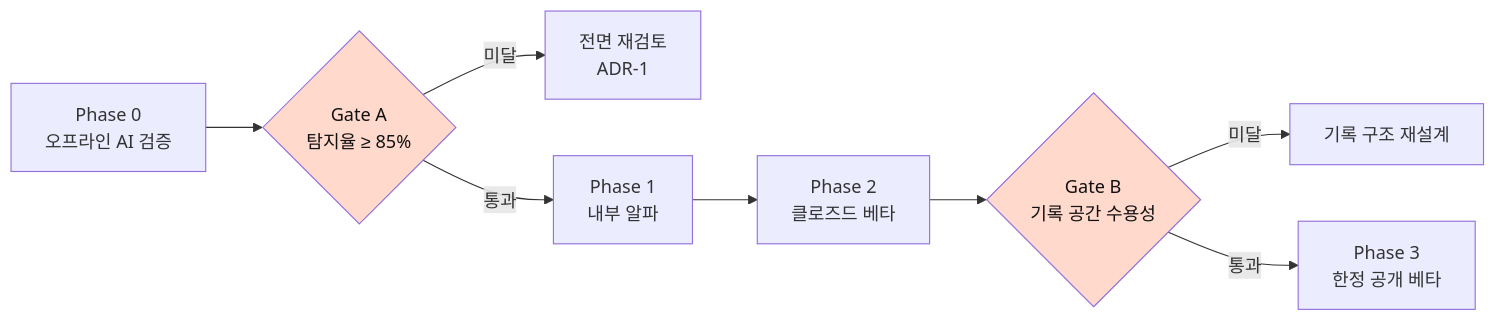
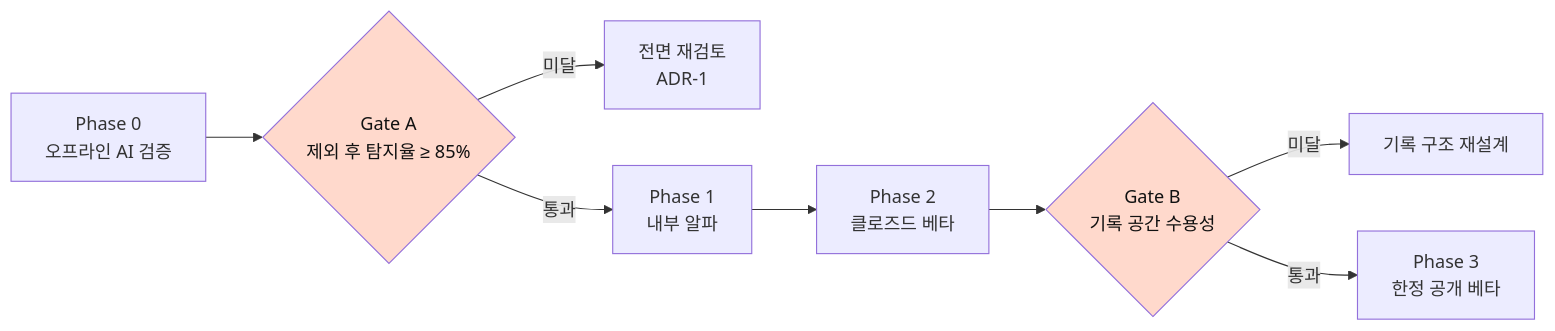
Before and after one commit to STERNYUL/HILiT: diagram 13 of 13 in [SRS]hilit-SRSv1.4.md, drawn with Mermaid. The commit also changed other lines of this file and 3 other files, not shown here.

First line of the commit message:
Gate A 판정 지표를 "제외 후 탐지율"로 교정 + SRS 감사 보고서

````diff
--- a/[SRS]hilit-SRSv1.4.md
+++ b/[SRS]hilit-SRSv1.4.md
@@ -997,12 +1014,12 @@
 ```mermaid
 flowchart LR
-    P0["Phase 0<br/>오프라인 AI 검증"] --> GA{"Gate A<br/>탐지율 ≥ 85%"}
+    P0["Phase 0<br/>오프라인 AI 검증"] --> GA{"Gate A<br/>제외 후 탐지율 ≥ 85%"}
     GA -->|"미달"| STOP["전면 재검토<br/>ADR-1"]
     GA -->|"통과"| P1["Phase 1<br/>내부 알파"]
     P1 --> P2["Phase 2<br/>클로즈드 베타"]
     P2 --> GB{"Gate B<br/>기록 공간 수용성"}
     GB -->|"미달"| RE["기록 구조 재설계"]
     GB -->|"통과"| P3["Phase 3<br/>한정 공개 베타"]
     style GA fill:#ffd9cc,color:#111
     style GB fill:#ffd9cc,color:#111
 ```
````
